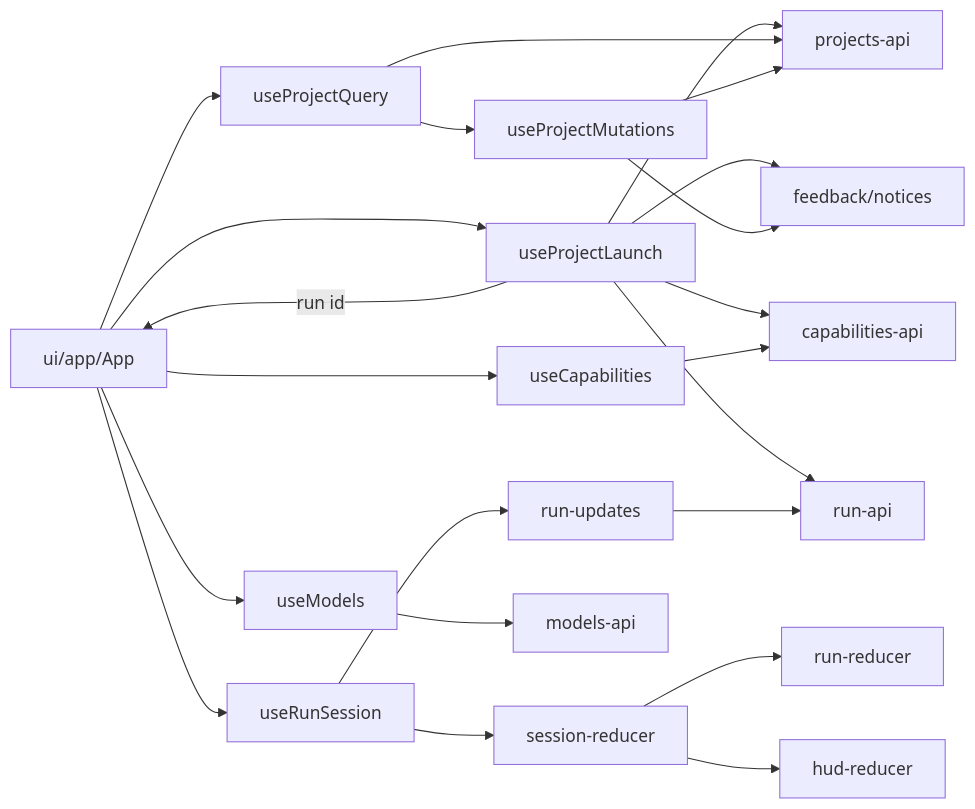
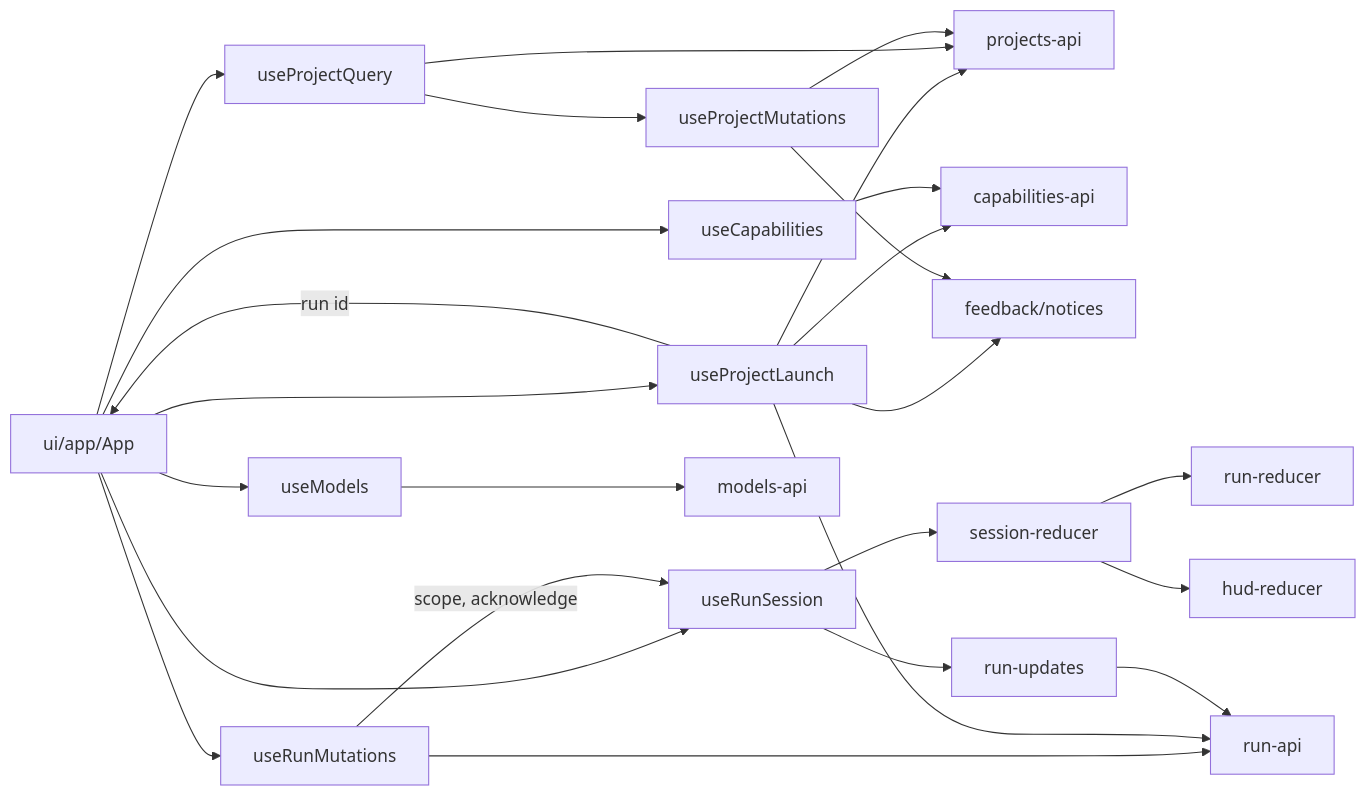
One commit to Tachion-Oy/robozium changed the diagram in desktop/renderer/src/ARCHITECTURE.md. Above: the diagram before and after it, drawn with Mermaid. The commit also changed other lines of this file and 11 other files, not shown here.

````diff
--- a/desktop/renderer/src/ARCHITECTURE.md
+++ b/desktop/renderer/src/ARCHITECTURE.md
@@ -45,22 +46,25 @@
 ```mermaid
 flowchart LR
   App["ui/app/App"] --> Models["useModels"]
   App --> Query["useProjectQuery"]
   App --> Capabilities["useCapabilities"]
   App --> Launch["useProjectLaunch"]
   App --> Session["useRunSession"]
+  App --> RunMutations["useRunMutations"]
+  RunMutations -- "scope, acknowledge" --> Session
+  RunMutations --> RunApi
   Launch -- "run id" --> App
   Launch --> ProjectsApi["projects-api"]
   Launch --> CapabilitiesApi["capabilities-api"]
   Launch --> RunApi["run-api"]
   Launch --> Notices["feedback/notices"]
   Session --> Updates["run-updates"] --> RunApi
   Session --> Reducer["session-reducer"] --> RunReducer["run-reducer"]
   Reducer --> HudReducer["hud-reducer"]
   Query --> ProjectsApi
   Query --> Mutations["useProjectMutations"]
   Mutations --> ProjectsApi
   Mutations --> Notices
   Capabilities --> CapabilitiesApi
   Models --> ModelsApi["models-api"]
 ```
````
